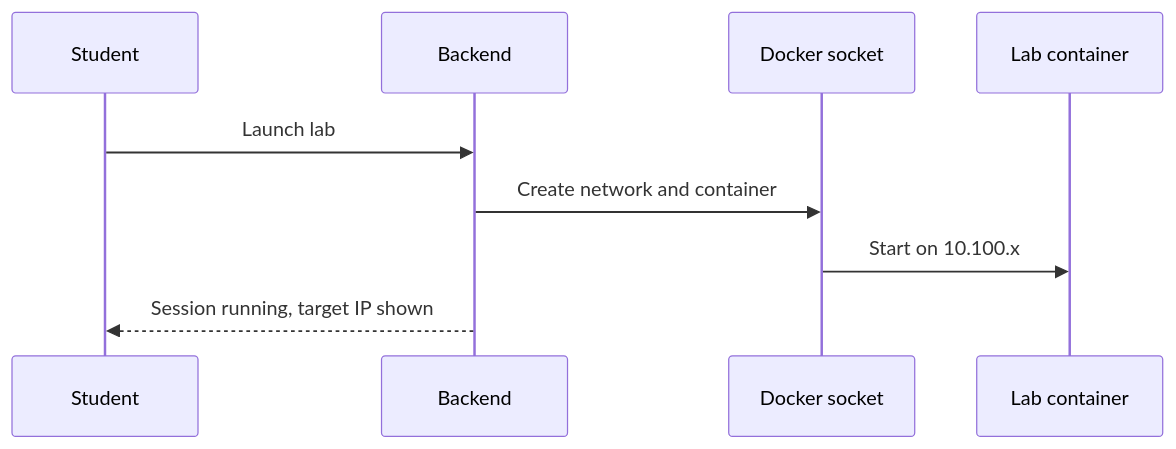
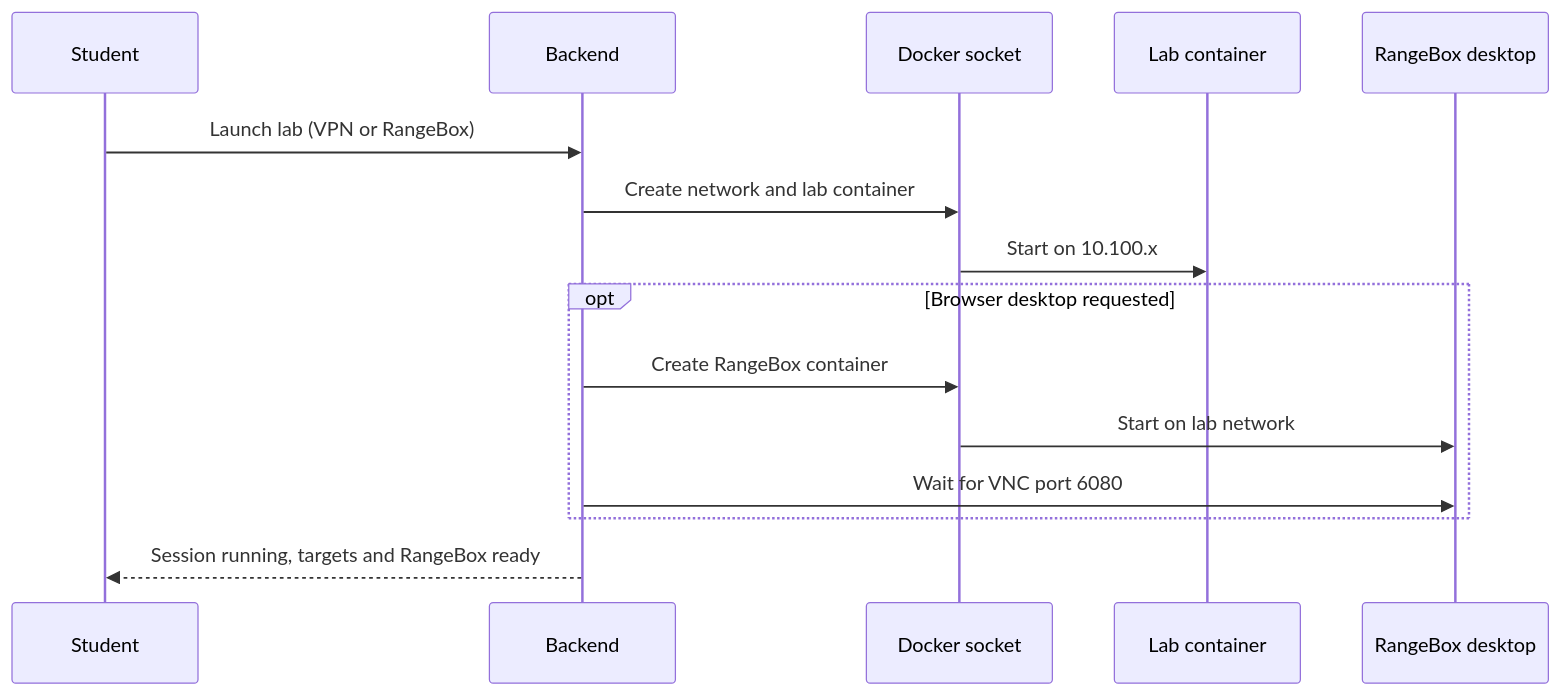
One commit to RobChaykoski/opencyberrange changed the fourth of 6 diagrams in Manual-Lite/00_Server_Deployment/06_Architecture.md. Above: the diagram before and after it, drawn with Mermaid. The commit also changed other lines of this file and 38 other files, not shown here.

````diff
--- a/Manual-Lite/00_Server_Deployment/06_Architecture.md
+++ b/Manual-Lite/00_Server_Deployment/06_Architecture.md
@@ -90,11 +132,17 @@
 ```mermaid
 sequenceDiagram
     participant S as Student
     participant BE as Backend
     participant D as Docker socket
     participant L as Lab container
-    S->>BE: Launch lab
-    BE->>D: Create network and container
+    participant R as RangeBox desktop
+    S->>BE: Launch lab (VPN or RangeBox)
+    BE->>D: Create network and lab container
     D->>L: Start on 10.100.x
-    BE-->>S: Session running, target IP shown
+    opt Browser desktop requested
+        BE->>D: Create RangeBox container
+        D->>R: Start on lab network
+        BE->>R: Wait for VNC port 6080
+    end
+    BE-->>S: Session running, targets and RangeBox ready
 ```
````
